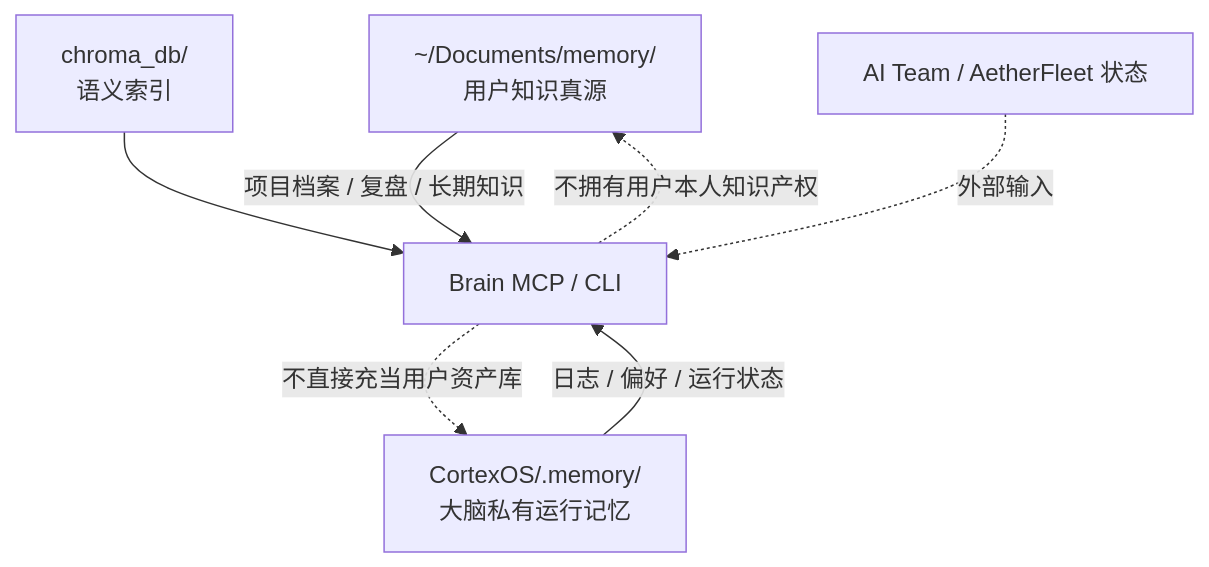
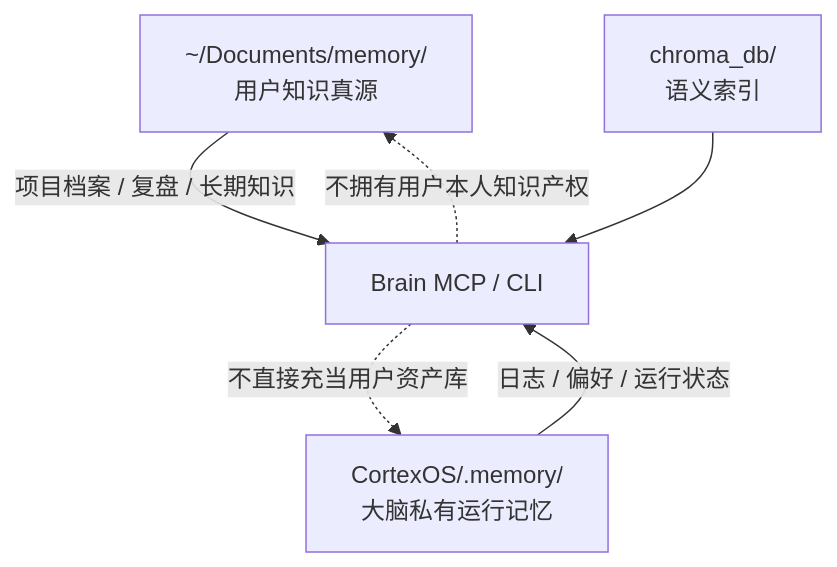
The fourth of 9 diagrams in docs/ops/architecture.md (webkubor/CortexOS), drawn with Mermaid before and after one commit. The commit also changed other lines of this file and 8 other files, not shown here.

````diff
--- a/docs/ops/architecture.md
+++ b/docs/ops/architecture.md
@@ -85,10 +83,8 @@
 ```mermaid
 flowchart TD
   user["~/Documents/memory/\n用户知识真源"] -->|项目档案 / 复盘 / 长期知识| mcp["Brain MCP / CLI"]
   cortex["CortexOS/.memory/\n大脑私有运行记忆"] -->|日志 / 偏好 / 运行状态| mcp
   chroma["chroma_db/\n语义索引"] --> mcp
-
-  fleet["AI Team / AetherFleet 状态"] -. 外部输入 .-> mcp
   mcp -. 不直接充当用户资产库 .-> cortex
   mcp -. 不拥有用户本人知识产权 .-> user
 ```
````
